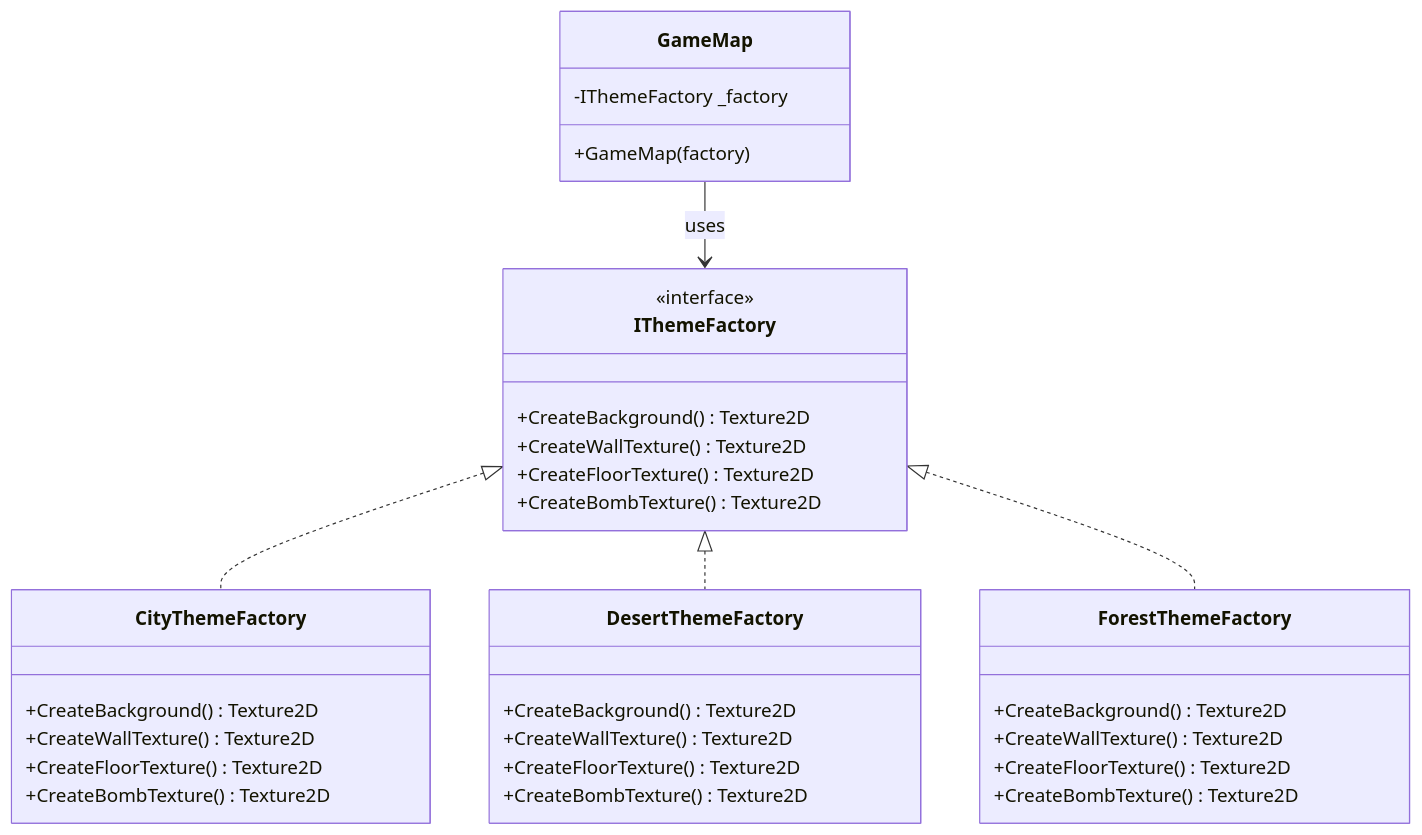
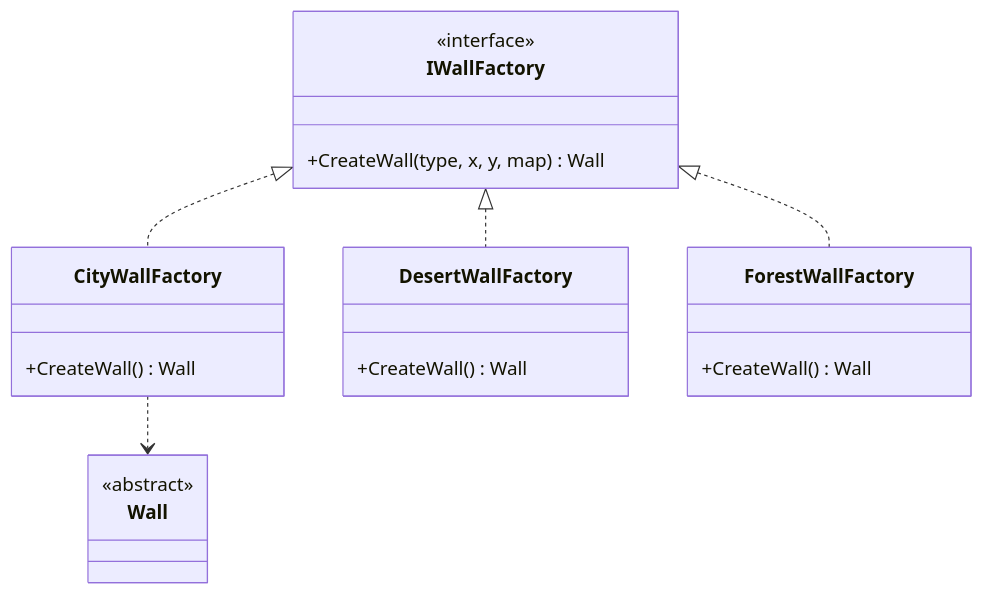
One commit to sudedincer/BombermanWithDesignPatterns changed the fourth of 11 diagrams in DESIGN_DOCUMENT.md. Above: the diagram before and after it, drawn with Mermaid. The commit also changed other lines of this file and 1 other file, not shown here.

````diff
--- a/DESIGN_DOCUMENT.md
+++ b/DESIGN_DOCUMENT.md
@@ -488,41 +409,28 @@
 ```mermaid
 classDiagram
-    class IThemeFactory {
+    class IWallFactory {
         <<interface>>
-        +CreateBackground() Texture2D
-        +CreateWallTexture() Texture2D
-        +CreateFloorTexture() Texture2D
-        +CreateBombTexture() Texture2D
+        +CreateWall(type, x, y, map) Wall
     }
     
-    class CityThemeFactory {
-        +CreateBackground() Texture2D
-        +CreateWallTexture() Texture2D
-        +CreateFloorTexture() Texture2D
-        +CreateBombTexture() Texture2D
+    class CityWallFactory {
+        +CreateWall() Wall
     }
     
-    class DesertThemeFactory {
-        +CreateBackground() Texture2D
-        +CreateWallTexture() Texture2D
-        +CreateFloorTexture() Texture2D
-        +CreateBombTexture() Texture2D
+    class DesertWallFactory {
+        +CreateWall() Wall
     }
     
-    class ForestThemeFactory {
-        +CreateBackground() Texture2D
-        +CreateWallTexture() Texture2D
-        +CreateFloorTexture() Texture2D
-        +CreateBombTexture() Texture2D
+    class ForestWallFactory {
+        +CreateWall() Wall
     }
     
-    class GameMap {
-        -IThemeFactory _factory
-        +GameMap(factory)
+    class Wall {
+        <<abstract>>
     }
     
-    IThemeFactory <|.. CityThemeFactory
-    IThemeFactory <|.. DesertThemeFactory
-    IThemeFactory <|.. ForestThemeFactory
-    GameMap --> IThemeFactory : uses
+    IWallFactory <|.. CityWallFactory
+    IWallFactory <|.. DesertWallFactory
+    IWallFactory <|.. ForestWallFactory
+    CityWallFactory ..> Wall
 ```
````
